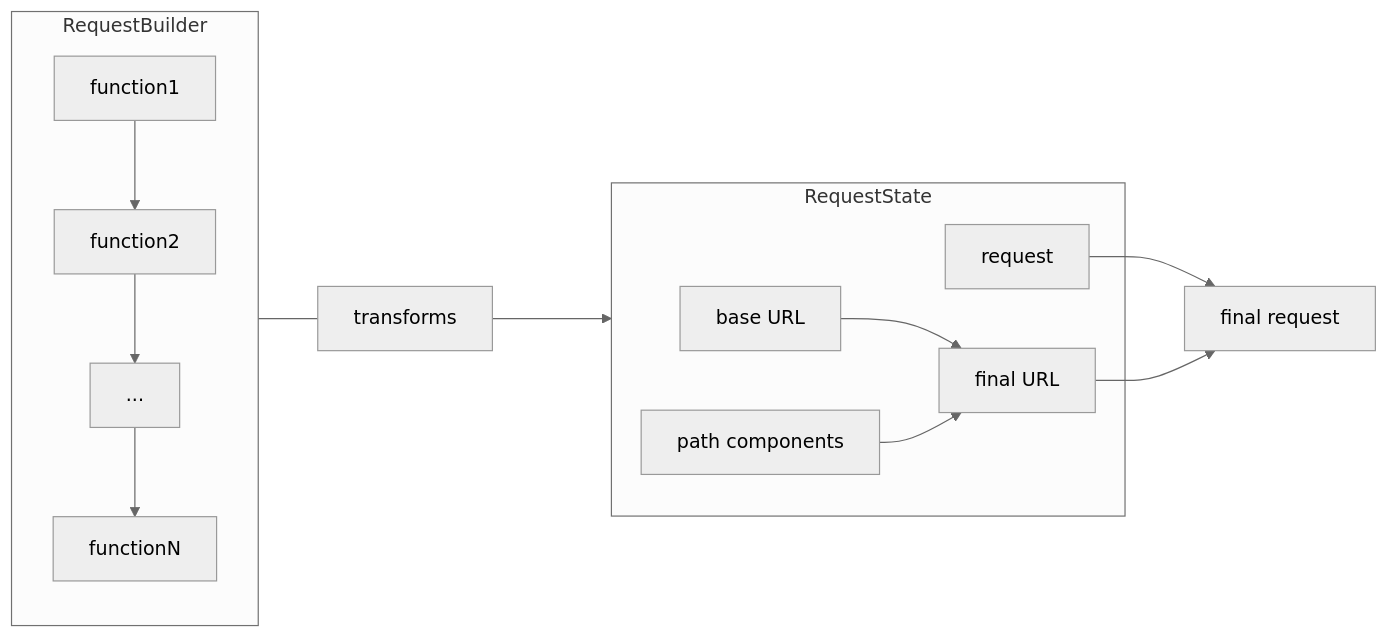
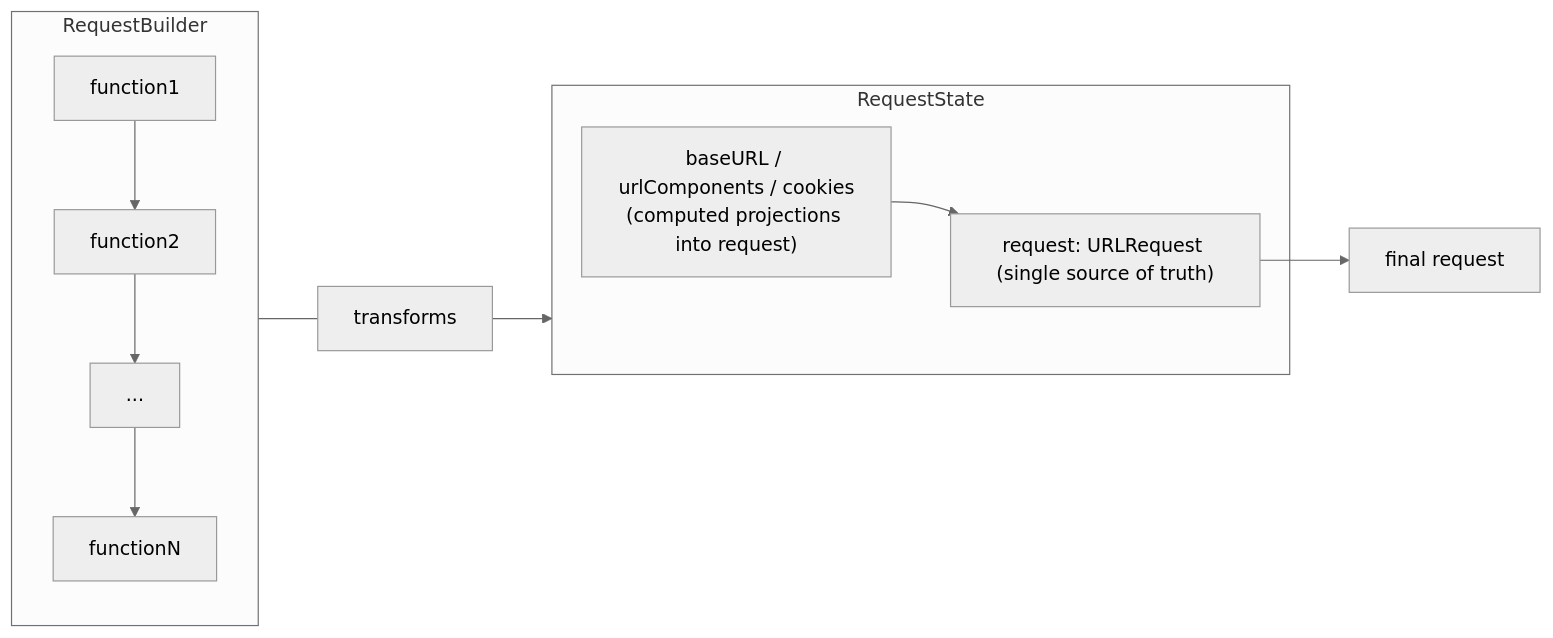
One commit to sisoje/declarative-requests-swift changed the first of 2 diagrams in README.md. Above: the diagram before and after it, drawn with Mermaid (neutral theme). The commit also changed other lines of this file and 6 other files, not shown here.

````diff
--- a/README.md
+++ b/README.md
@@ -195,21 +192,18 @@
 ```mermaid
 flowchart LR
     RequestBuilder --- transforms ---> RequestState
 
     subgraph RequestState
-        baseUrl["base URL"]
-        request
-        path["path components"]
-        baseUrl --> finalUrl["final URL"]
-        path --> finalUrl
+        request["request: URLRequest (single source of truth)"]
+        proj["baseURL / urlComponents / cookies\n(computed projections into request)"]
+        proj --> request
     end
 
     request --> FinalRequest["final request"]
-    finalUrl --> FinalRequest
 
     subgraph RequestBuilder
         function1 --> function2
         function2 --> dots["..."]
         dots --> functionN
     end
 ```
````
